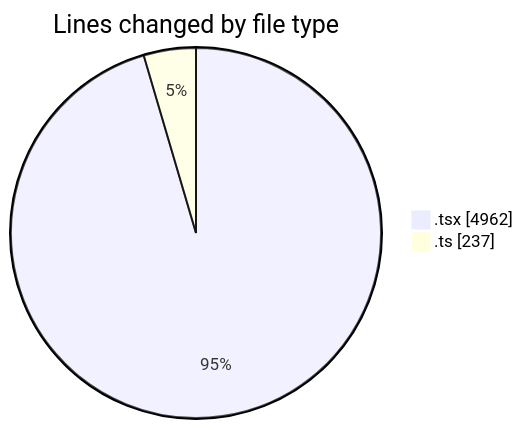
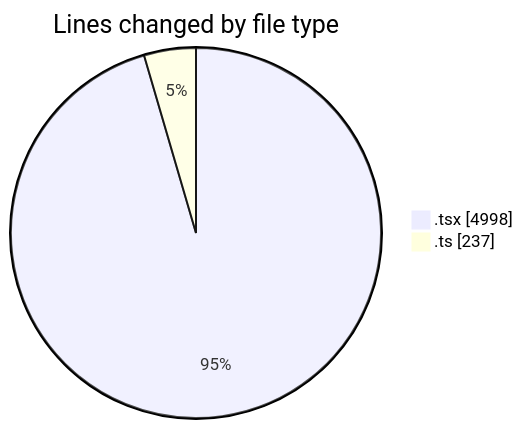
Before and after one commit to julien-gomy/code-tracking: the first of 2 diagrams in 2025-10-13/eventscop-frontend-guide__workspace_/README.md, drawn with Mermaid. The commit also changed other lines of this file and 1 other file, not shown here.

````diff
--- a/2025-10-13/eventscop-frontend-guide__workspace_/README.md
+++ b/2025-10-13/eventscop-frontend-guide__workspace_/README.md
@@ -38,6 +38,6 @@
 ```mermaid
 pie showData
 title Lines changed by file type
-".tsx" : 4962
+".tsx" : 4998
 ".ts" : 237
 ```
````
